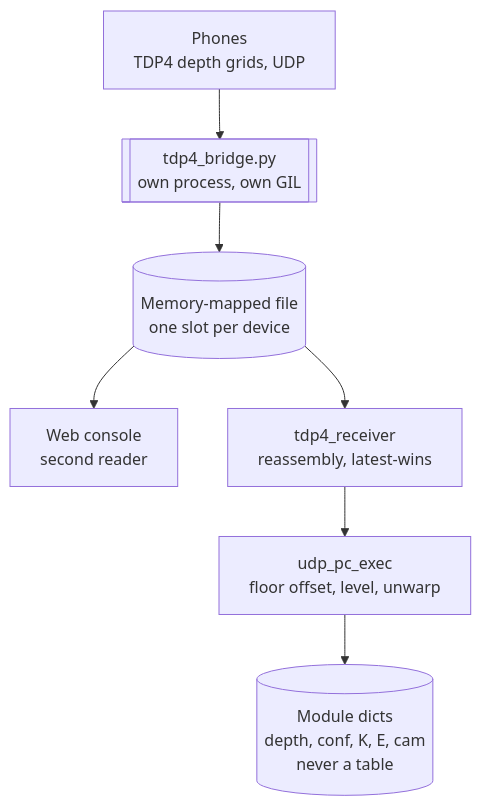
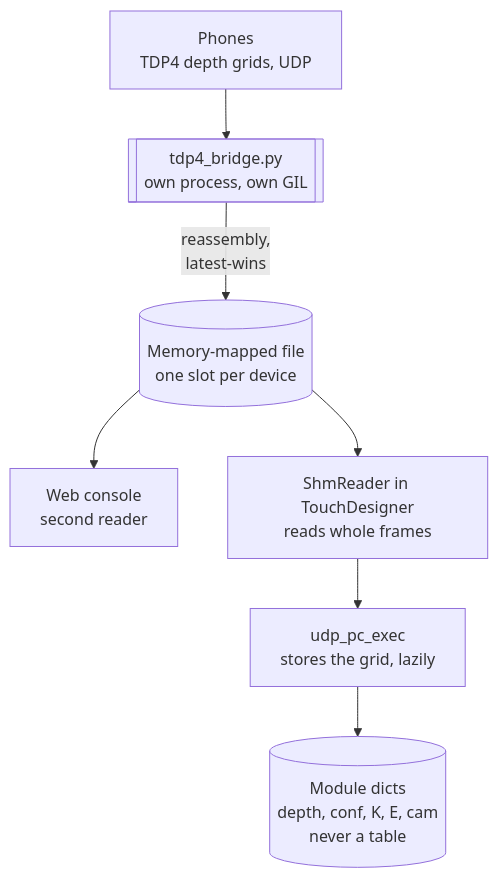
Before and after one commit to AristidesAI/TDStage-Docs: the first of 2 diagrams in td/pipeline.md, drawn with Mermaid. The commit also changed other lines of this file and 2 other files, not shown here.

````diff
--- a/td/pipeline.md
+++ b/td/pipeline.md
@@ -24,17 +24,17 @@
 ```mermaid
 flowchart TD
   PH["Phones<br/>TDP4 depth grids, UDP"]
   BR[["tdp4_bridge.py<br/>own process, own GIL"]]
   SHM[("Memory-mapped file<br/>one slot per device")]
   CON["Web console<br/>second reader"]
-  RX["tdp4_receiver<br/>reassembly, latest-wins"]
-  LAND["udp_pc_exec<br/>floor offset, level, unwarp"]
+  RX["ShmReader in TouchDesigner<br/>reads whole frames"]
+  LAND["udp_pc_exec<br/>stores the grid, lazily"]
   ST[("Module dicts<br/>depth, conf, K, E, cam<br/>never a table")]
 
   PH --> BR
-  BR --> SHM
+  BR -- "reassembly,<br/>latest-wins" --> SHM
   SHM --> RX
   SHM --> CON
   RX --> LAND
   LAND --> ST
 ```
````
